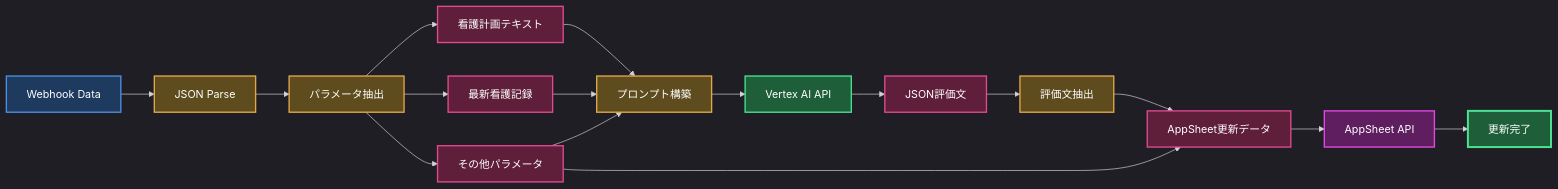
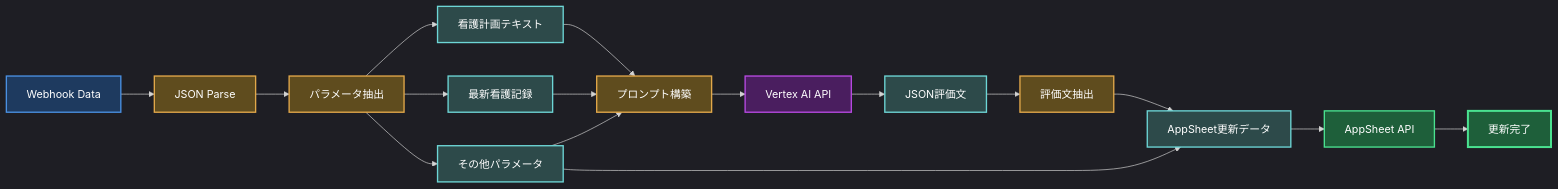
One commit to tasai-lab/appsheet-gas-automation changed the ninth of 10 diagrams in gas_projects/projects/nursing/Appsheet_訪問看護_計画書問題点_評価/FLOW.md. Above: the diagram before and after it, drawn with Mermaid. The commit also changed other lines of this file and 15 other files, not shown here.

First line of the commit message:
docs: FLOW.mdにダークモード対応配色を適用 - 全15プロジェクト完了

````diff
--- a/gas_projects/projects/nursing/Appsheet_訪問看護_計画書問題点_評価/FLOW.md
+++ b/gas_projects/projects/nursing/Appsheet_訪問看護_計画書問題点_評価/FLOW.md
@@ -352,34 +352,34 @@
 ```mermaid
 %%{init: {'theme':'dark'}}%%
 graph LR
     A[Webhook Data]:::input --> B[JSON Parse]:::process
     B --> C[パラメータ抽出]:::process
 
     C --> D[看護計画テキスト]:::data
     C --> E[最新看護記録]:::data
     C --> F[その他パラメータ]:::data
 
     D --> G[プロンプト構築]:::process
     E --> G
     F --> G
 
     G --> H[Vertex AI API]:::gemini
 
     H --> I[JSON評価文]:::data
 
     I --> J[評価文抽出]:::process
 
     J --> K[AppSheet更新データ]:::data
     F --> K
 
     K --> L[AppSheet API]:::appsheet
 
     L --> M[更新完了]:::result
 
-    classDef input fill:#1e3a5f,stroke:#4a90e2,stroke-width:2px,color:#fff
-    classDef process fill:#5f4c1e,stroke:#e2a84a,stroke-width:2px,color:#fff
-    classDef data fill:#5f1e3a,stroke:#e24a90,stroke-width:2px,color:#fff
-    classDef gemini fill:#1e5f3a,stroke:#4ae290,stroke-width:2px,color:#fff
-    classDef appsheet fill:#5f1e5f,stroke:#e24ae2,stroke-width:2px,color:#fff
-    classDef result fill:#1e5f3a,stroke:#4ae290,stroke-width:3px,color:#fff
+    classDef input fill:#1e3a5f,stroke:#4a90e2,stroke-width:2px,color:#ffffff
+    classDef process fill:#5f4c1e,stroke:#e2a84a,stroke-width:2px,color:#ffffff
+    classDef data fill:#2d4a4a,stroke:#6dd6d6,stroke-width:2px,color:#ffffff
+    classDef gemini fill:#4a1e5f,stroke:#b84ae2,stroke-width:2px,color:#ffffff
+    classDef appsheet fill:#1e5f3a,stroke:#4ae290,stroke-width:2px,color:#ffffff
+    classDef result fill:#1e5f3a,stroke:#4ae290,stroke-width:3px,color:#ffffff
 ```
````
